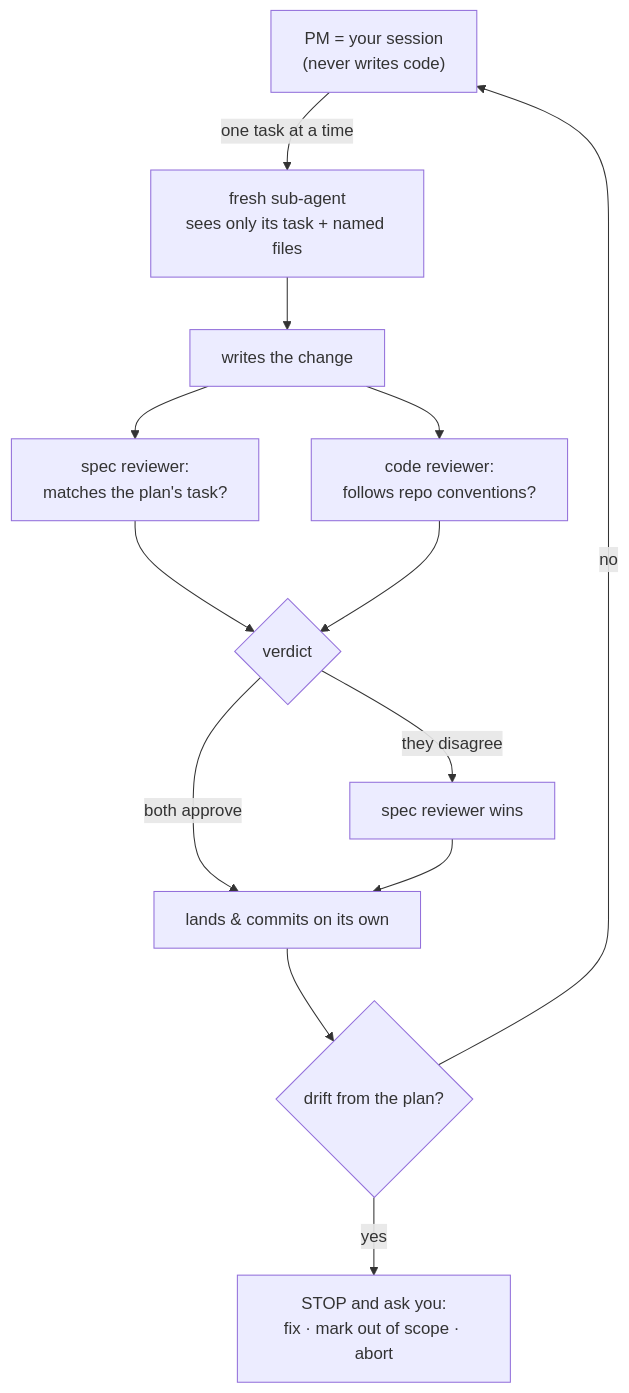
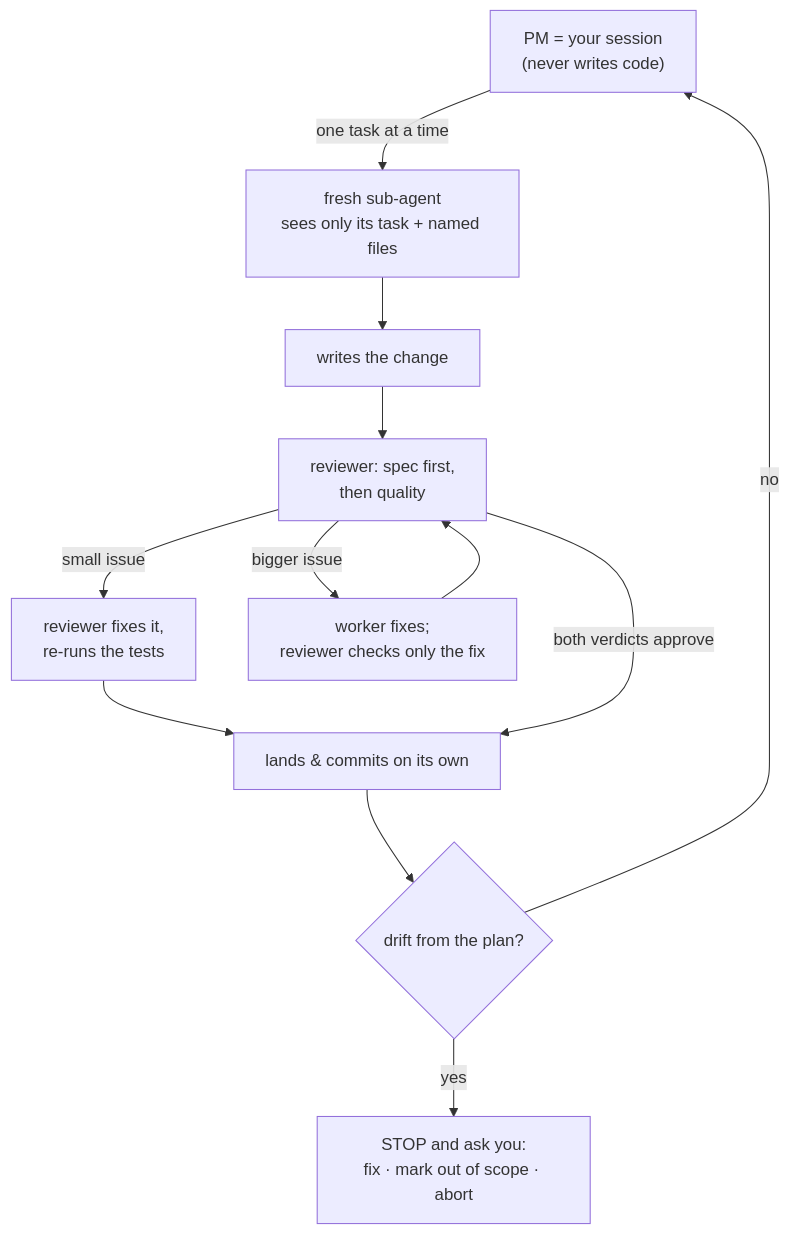
The diagram in website/src/content/docs/execute.mdx (sentasity/cadence), drawn with Mermaid before and after one commit. The commit also changed other lines of this file and 16 other files, not shown here.

First line of the commit message:
feat(agents): cadence-reviewer (one reviewer per lane, two verdicts, v0.24.0) (#40)

````diff
--- a/website/src/content/docs/execute.mdx
+++ b/website/src/content/docs/execute.mdx
@@ -50,15 +50,14 @@
 ```mermaid
 flowchart TB
     pm["PM = your session<br/>(never writes code)"] -->|one task at a time| sub["fresh sub-agent<br/>sees only its task + named files"]
     sub --> change["writes the change"]
-    change --> spec["spec reviewer:<br/>matches the plan's task?"]
-    change --> code["code reviewer:<br/>follows repo conventions?"]
-    spec --> verdict{"verdict"}
-    code --> verdict
-    verdict -->|both approve| land["lands & commits on its own"]
-    verdict -->|"they disagree"| specwins["spec reviewer wins"]
-    specwins --> land
+    change --> review["reviewer: spec first,<br/>then quality"]
+    review -->|small issue| selffix["reviewer fixes it,<br/>re-runs the tests"]
+    selffix --> land
+    review -->|bigger issue| refix["worker fixes;<br/>reviewer checks only the fix"]
+    refix --> review
+    review -->|both verdicts approve| land["lands & commits on its own"]
     land --> drift{"drift from the plan?"}
     drift -->|no| pm
     drift -->|yes| stop["STOP and ask you:<br/>fix · mark out of scope · abort"]
 ```
````
